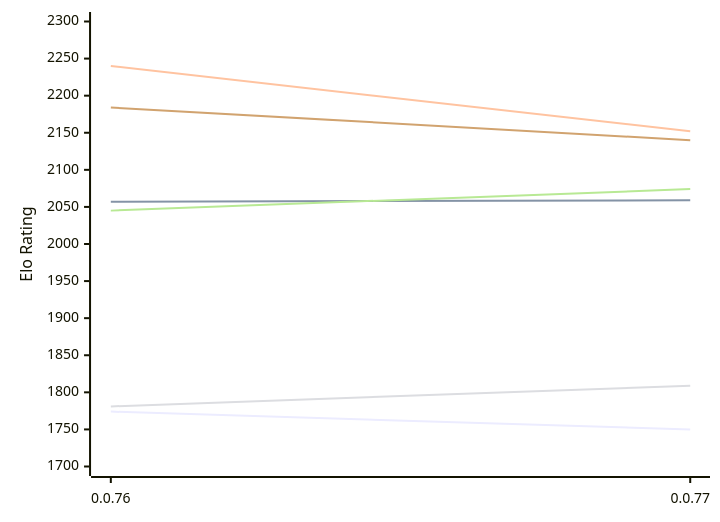
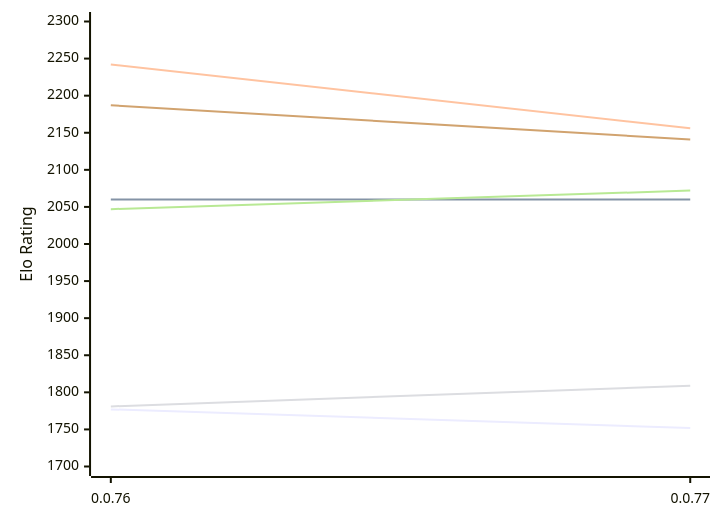
Before and after one commit to computer-chess-index/cci: the first of 2 diagrams in engines/Fktb.md, drawn with Mermaid. The commit also changed other lines of this file, not shown here.

Commit message:
Update CCI Ratings (ELO VLTC) - 2026-11-19

````diff
--- a/engines/Fktb.md
+++ b/engines/Fktb.md
@@ -50,12 +50,12 @@
 ```mermaid
 %%{init: {"theme":"base","themeVariables":{"seriesColors:['#a3a3a3','#222221','#faa371']}}}%%
 xychart-beta
   x-axis ["0.0.76", "0.0.77"]
   y-axis "Elo Rating" 1700 --> 2300
-  line "E1: STC (8.0+0.08s)" [1774, 1750]
-  line "E1: LTC (60.0+0.60s)" [2057, 2059]
-  line "E1: VLTC (2m24s+1.12s)" [2240, 2152]
+  line "E1: STC (8.0+0.08s)" [1777, 1752]
+  line "E1: LTC (60.0+0.60s)" [2060, 2060]
+  line "E1: VLTC (2m24s+1.12s)" [2242, 2156]
   line "P1: STC (8.0+0.08s)" [1781, 1809]
-  line "P1: LTC (60.0+0.60s)" [2045, 2074]
-  line "P1: VLTC (2m24s+1.12s)" [2184, 2140]
+  line "P1: LTC (60.0+0.60s)" [2047, 2072]
+  line "P1: VLTC (2m24s+1.12s)" [2187, 2141]
 ```
````
